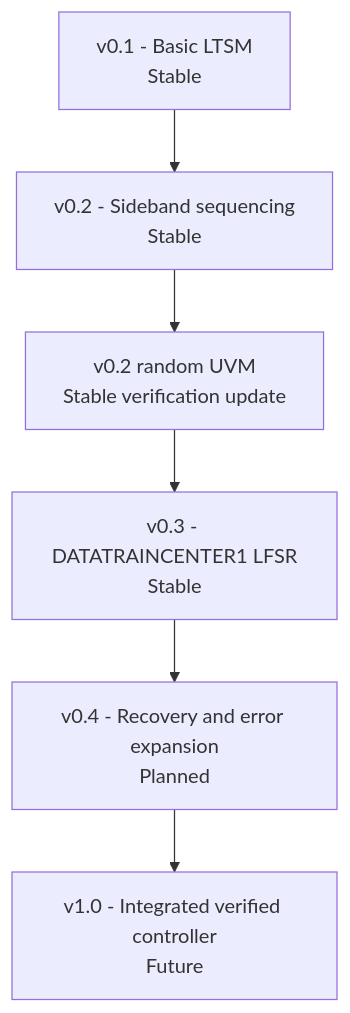
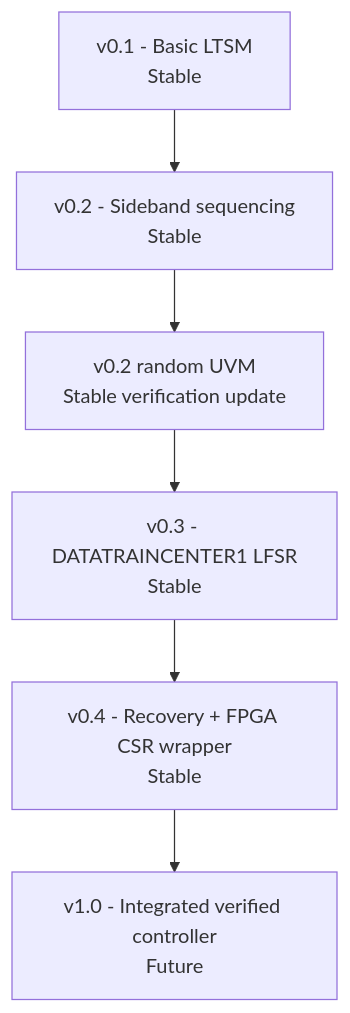
The diagram in ROADMAP.md (Varadain/ucie-ltsm), drawn with Mermaid before and after one commit. The commit also changed other lines of this file and 38 other files, not shown here.

Commit message:
docs: publish v0.4 recovery and FPGA evidence

````diff
--- a/ROADMAP.md
+++ b/ROADMAP.md
@@ -5,8 +5,8 @@
 ```mermaid
 flowchart TD
     V01["v0.1 - Basic LTSM<br/>Stable"] --> V02["v0.2 - Sideband sequencing<br/>Stable"]
     V02 --> V02R["v0.2 random UVM<br/>Stable verification update"]
     V02R --> V03["v0.3 - DATATRAINCENTER1 LFSR<br/>Stable"]
-    V03 --> V04["v0.4 - Recovery and error expansion<br/>Planned"]
+    V03 --> V04["v0.4 - Recovery + FPGA CSR wrapper<br/>Stable"]
     V04 --> V10["v1.0 - Integrated verified controller<br/>Future"]
 ```
````
